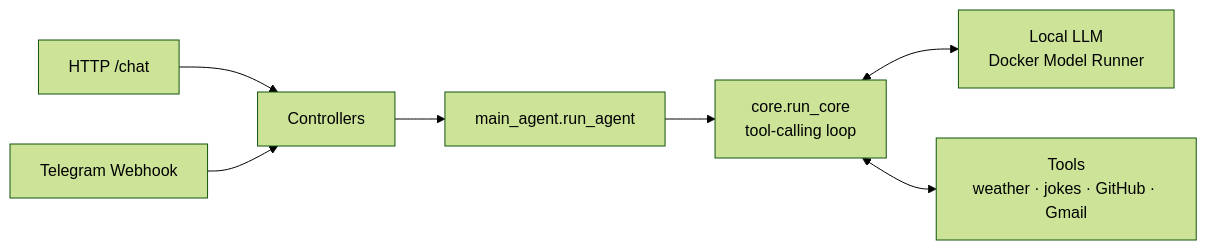
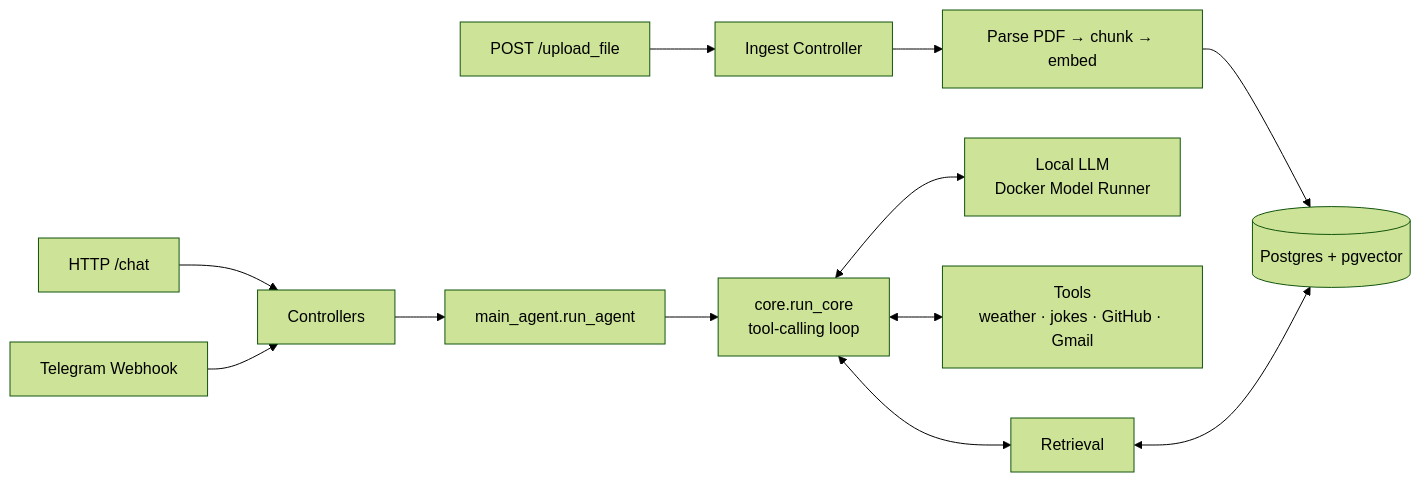
Before and after one commit to DyepLucban/personal-ai-agent: the diagram in README.md, drawn with Mermaid (forest theme). The commit also changed other lines of this file, not shown here.

````diff
--- a/README.md
+++ b/README.md
@@ -38,9 +39,14 @@
 ```mermaid
 flowchart LR
     A[HTTP /chat] --> C[Controllers]
     B[Telegram Webhook] --> C
+    U[POST /upload_file] --> IC[Ingest Controller]
     C --> D[main_agent.run_agent]
     D --> E[core.run_core\ntool-calling loop]
     E <--> F[Local LLM\nDocker Model Runner]
     E <--> G[Tools\nweather · jokes · GitHub · Gmail]
+    E <--> R[Retrieval]
+    IC --> P[Parse PDF → chunk → embed]
+    P --> V[(Postgres + pgvector)]
+    R <--> V
 ```
````
